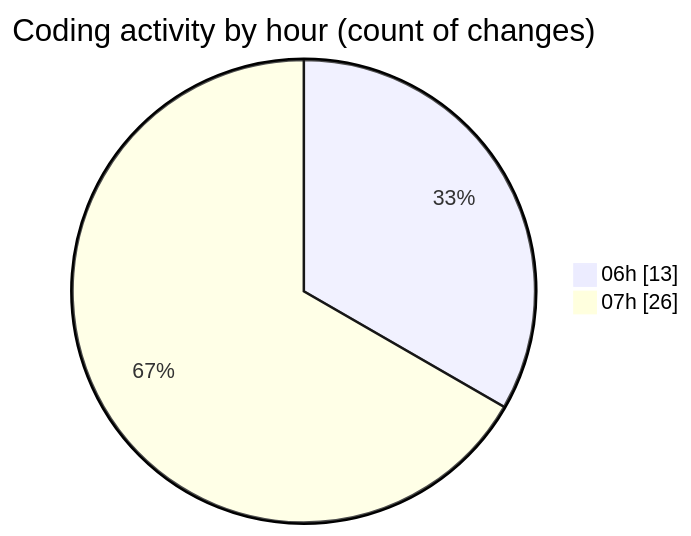
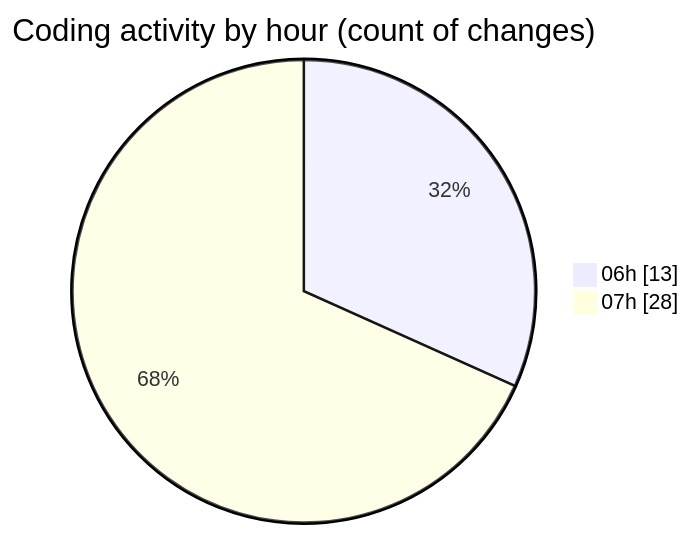
One commit to robertbonfada/code-tracking changed the second of 2 diagrams in 2025-01-21/mbc-web/README.md. Above: the diagram before and after it, drawn with Mermaid. The commit also changed other lines of this file and 1 other file, not shown here.

````diff
--- a/2025-01-21/mbc-web/README.md
+++ b/2025-01-21/mbc-web/README.md
@@ -42,6 +42,6 @@
 ```mermaid
 pie showData
 title Coding activity by hour (count of changes)
 "06h" : 13
-"07h" : 26
+"07h" : 28
 ```
````
